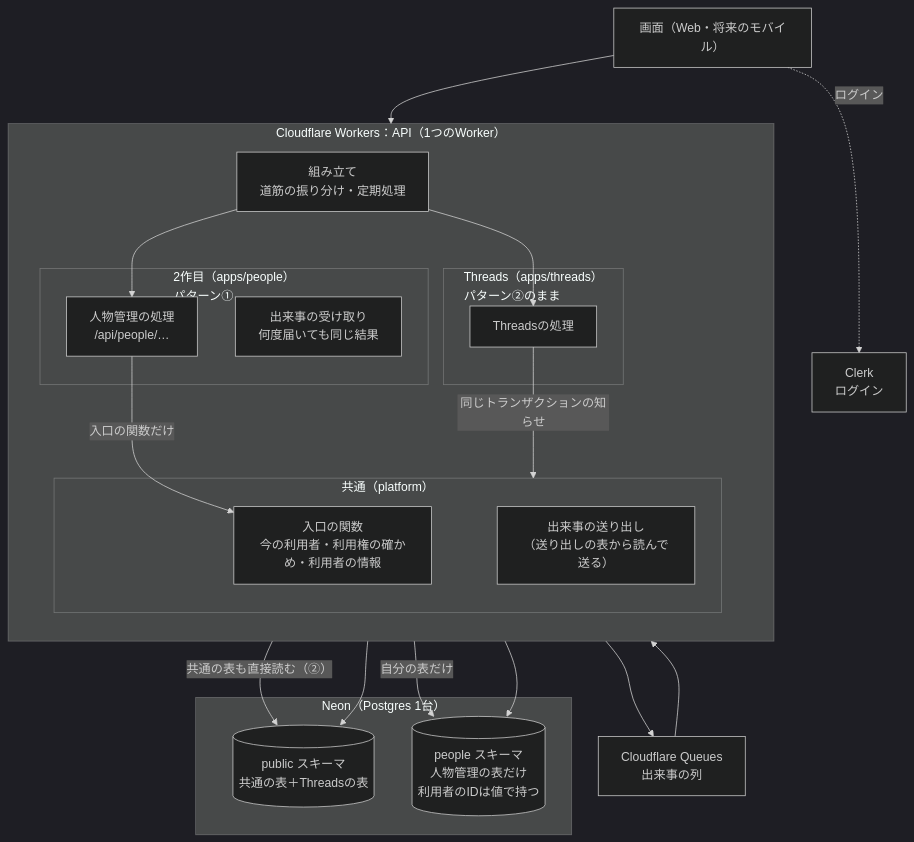
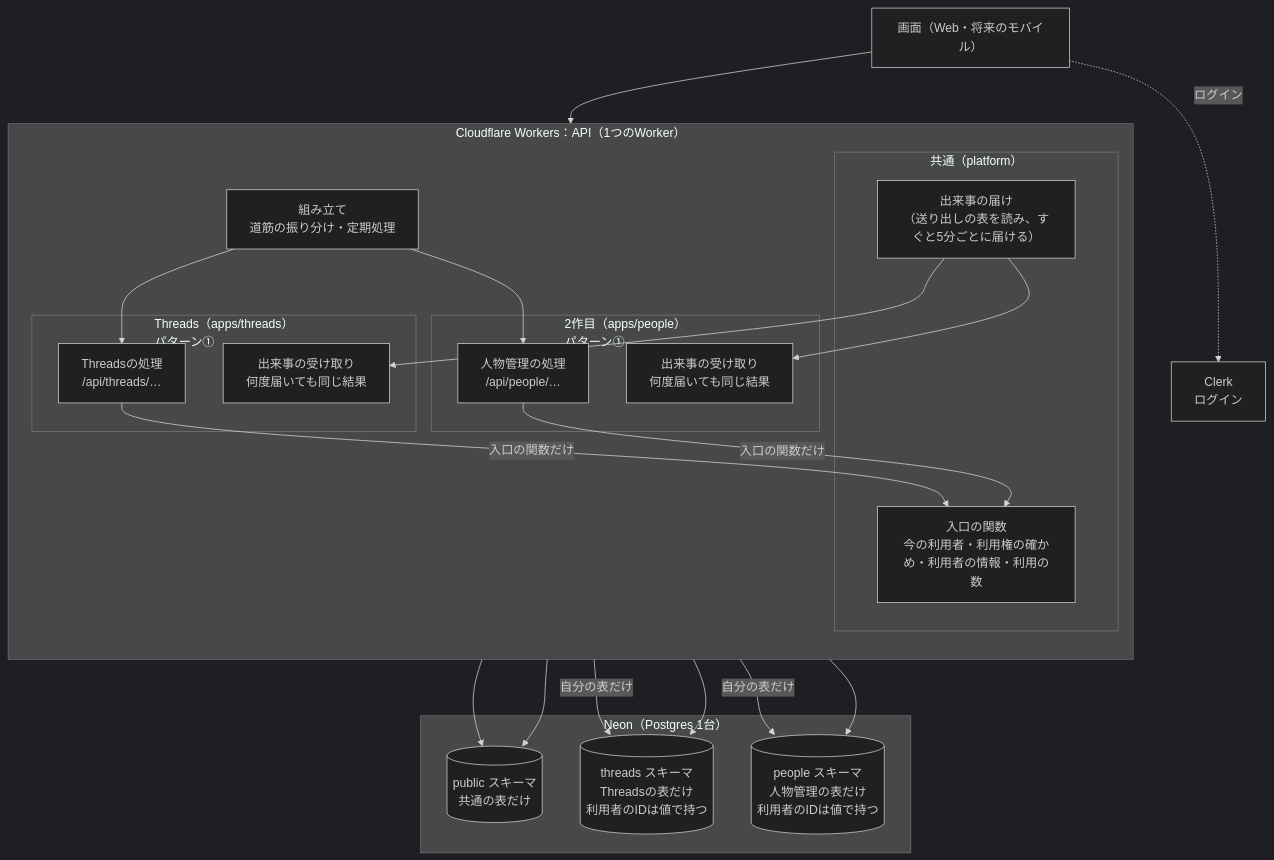
The second of 5 diagrams in docs/app-separation.md (takumi-okuya-dev/meguru-app), drawn with Mermaid (dark theme) before and after one commit. The commit also changed other lines of this file and 7 other files, not shown here.

````diff
--- a/docs/app-separation.md
+++ b/docs/app-separation.md
@@ -89,38 +90,41 @@
 ```mermaid
 flowchart TB
   web["画面（Web・将来のモバイル）"]
   clerk["Clerk<br/>ログイン"]
   subgraph worker["Cloudflare Workers：API（1つのWorker）"]
     direction TB
     compose["組み立て<br/>道筋の振り分け・定期処理"]
     subgraph platform["共通（platform）"]
-      pentry["入口の関数<br/>今の利用者・利用権の確かめ・利用者の情報"]
-      outbox["出来事の送り出し<br/>（送り出しの表から読んで送る）"]
+      pentry["入口の関数<br/>今の利用者・利用権の確かめ・利用者の情報・利用の数"]
+      outbox["出来事の届け<br/>（送り出しの表を読み、すぐと5分ごとに届ける）"]
     end
-    subgraph threads["Threads（apps/threads）<br/>パターン②のまま"]
-      tcode["Threadsの処理"]
+    subgraph threads["Threads（apps/threads）<br/>パターン①"]
+      tcode["Threadsの処理<br/>/api/threads/…"]
+      tconsumer["出来事の受け取り<br/>何度届いても同じ結果"]
     end
     subgraph people["2作目（apps/people）<br/>パターン①"]
       mcode["人物管理の処理<br/>/api/people/…"]
       mconsumer["出来事の受け取り<br/>何度届いても同じ結果"]
     end
   end
-  queue["Cloudflare Queues<br/>出来事の列"]
   subgraph neon["Neon（Postgres 1台）"]
-    pub[("public スキーマ<br/>共通の表＋Threadsの表")]
+    pub[("public スキーマ<br/>共通の表だけ")]
+    tschema[("threads スキーマ<br/>Threadsの表だけ<br/>利用者のIDは値で持つ")]
     mschema[("people スキーマ<br/>人物管理の表だけ<br/>利用者のIDは値で持つ")]
   end
 
   web --> compose
   web -. "ログイン" .-> clerk
   compose --> tcode
   compose --> mcode
-  tcode -- "共通の表も直接読む（②）" --> pub
-  tcode -- "同じトランザクションの知らせ" --> platform
+  tcode -- "入口の関数だけ" --> pentry
+  tcode -- "自分の表だけ" --> tschema
   mcode -- "入口の関数だけ" --> pentry
   mcode -- "自分の表だけ" --> mschema
   pentry --> pub
-  outbox --> queue
-  queue --> mconsumer
+  outbox --> pub
+  outbox --> tconsumer
+  outbox --> mconsumer
+  tconsumer --> tschema
   mconsumer --> mschema
 ```
````
